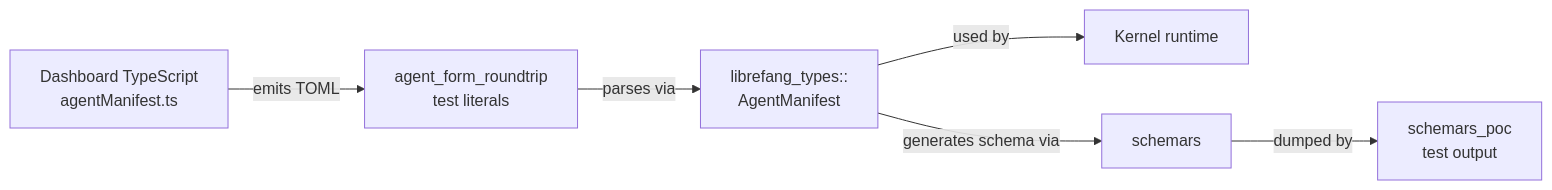
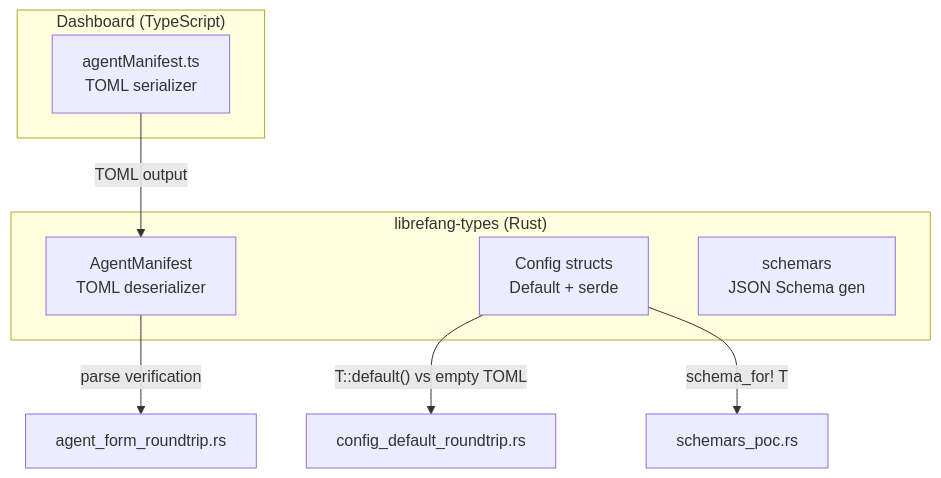
Before and after one commit to leszek3737/librefang-WIki: the diagram in other-librefang-types-tests.md, drawn with Mermaid. The commit also changed other lines of this file and 99 other files, not shown here.

````diff
--- a/other-librefang-types-tests.md
+++ b/other-librefang-types-tests.md
@@ -72,8 +85,17 @@
 ```mermaid
-graph LR
-    A[Dashboard TypeScript<br>agentManifest.ts] -->|emits TOML| B[agent_form_roundtrip<br>test literals]
-    B -->|parses via| C[librefang_types::<br>AgentManifest]
-    C -->|used by| D[Kernel runtime]
-    C -->|generates schema via| E[schemars]
-    E -->|dumped by| F[schemars_poc<br>test output]
+graph TD
+    subgraph "Dashboard (TypeScript)"
+        A[agentManifest.ts<br/>TOML serializer]
+    end
+
+    subgraph "librefang-types (Rust)"
+        B[AgentManifest<br/>TOML deserializer]
+        C[Config structs<br/>Default + serde]
+        D[schemars<br/>JSON Schema gen]
+    end
+
+    A -- "TOML output" --> B
+    C -- "T::default() vs empty TOML" --> E[config_default_roundtrip.rs]
+    C -- "schema_for! T" --> F[schemars_poc.rs]
+    B -- "parse verification" --> G[agent_form_roundtrip.rs]
 ```
````
